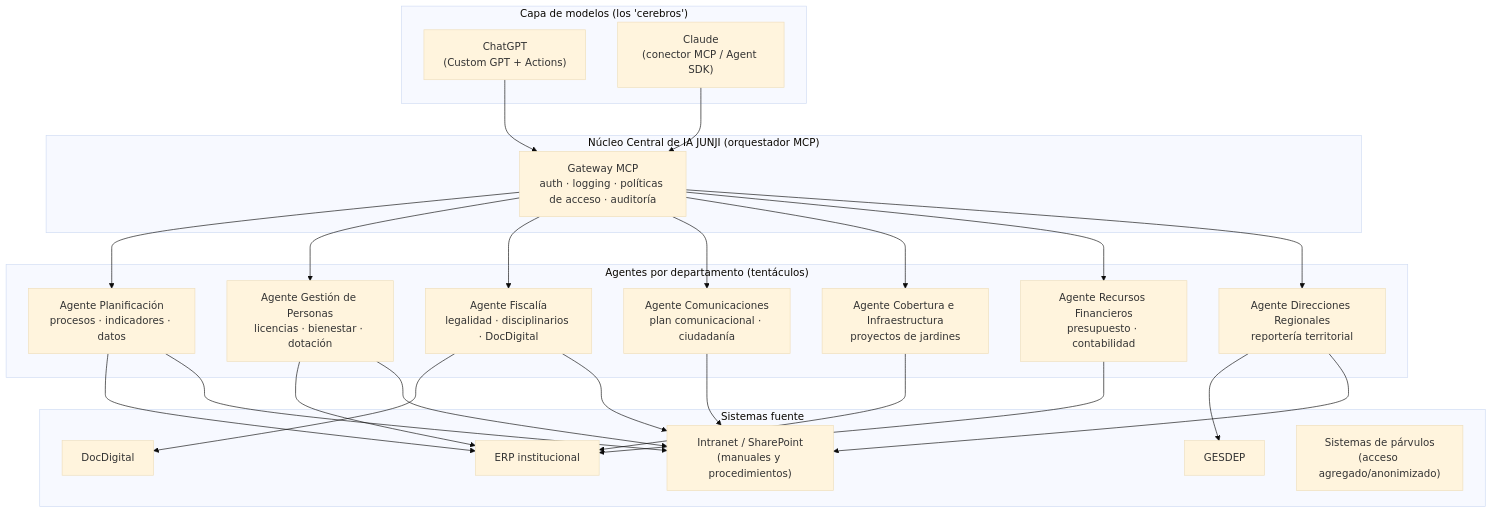
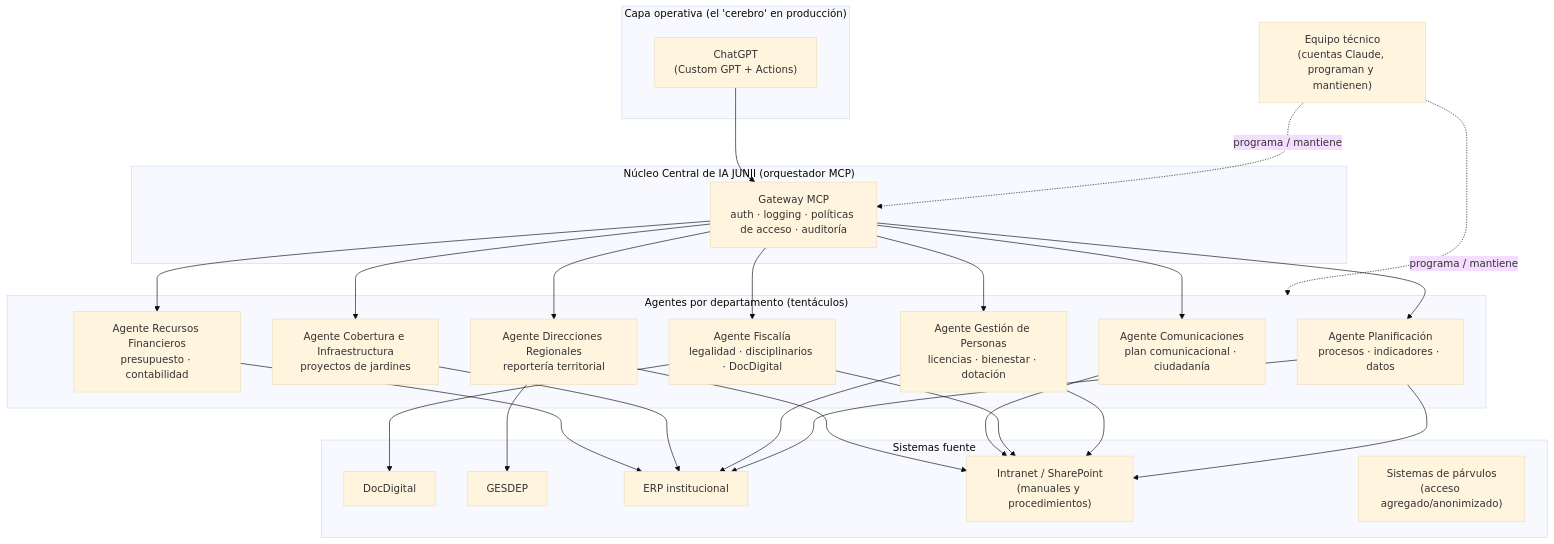
Before and after one commit to fzafe/docdigital-mcp-proxy: the diagram in docs/estrategia-ia-junji-2026.md, drawn with Mermaid (base theme). The commit also changed other lines of this file and 2 other files, not shown here.

First line of the commit message:
Fijar decision: ChatGPT como cerebro operativo, Claude para programar, sin Copilot

````diff
--- a/docs/estrategia-ia-junji-2026.md
+++ b/docs/estrategia-ia-junji-2026.md
@@ -56,40 +56,42 @@
 ```mermaid
 flowchart TB
-    subgraph Cerebros["Capa de modelos (los 'cerebros')"]
+    DEV["Equipo técnico<br/>(cuentas Claude, programan y mantienen)"]
+
+    subgraph Cerebro["Capa operativa (el 'cerebro' en producción)"]
         GPT["ChatGPT<br/>(Custom GPT + Actions)"]
-        CLD["Claude<br/>(conector MCP / Agent SDK)"]
     end
 
     subgraph Nucleo["Núcleo Central de IA JUNJI (orquestador MCP)"]
         GW["Gateway MCP<br/>auth · logging · políticas de acceso · auditoría"]
     end
 
     subgraph Tentaculos["Agentes por departamento (tentáculos)"]
         A1["Agente Planificación<br/>procesos · indicadores · datos"]
         A2["Agente Gestión de Personas<br/>licencias · bienestar · dotación"]
         A3["Agente Fiscalía<br/>legalidad · disciplinarios · DocDigital"]
         A4["Agente Comunicaciones<br/>plan comunicacional · ciudadanía"]
         A5["Agente Cobertura e Infraestructura<br/>proyectos de jardines"]
         A6["Agente Recursos Financieros<br/>presupuesto · contabilidad"]
         A7["Agente Direcciones Regionales<br/>reportería territorial"]
     end
 
     subgraph Sistemas["Sistemas fuente"]
         S1["DocDigital"]
         S2["GESDEP"]
         S3["ERP institucional"]
         S4["Intranet / SharePoint<br/>(manuales y procedimientos)"]
         S5["Sistemas de párvulos<br/>(acceso agregado/anonimizado)"]
     end
 
+    DEV -. "programa / mantiene" .-> GW
+    DEV -. "programa / mantiene" .-> Tentaculos
     GPT --> GW
-    CLD --> GW
     GW --> A1 & A2 & A3 & A4 & A5 & A6 & A7
     A1 --> S3 & S4
     A2 --> S3 & S4
     A3 --> S1 & S4
     A4 --> S4
     A5 --> S3
     A6 --> S3
     A7 --> S2 & S4
 ```
````
